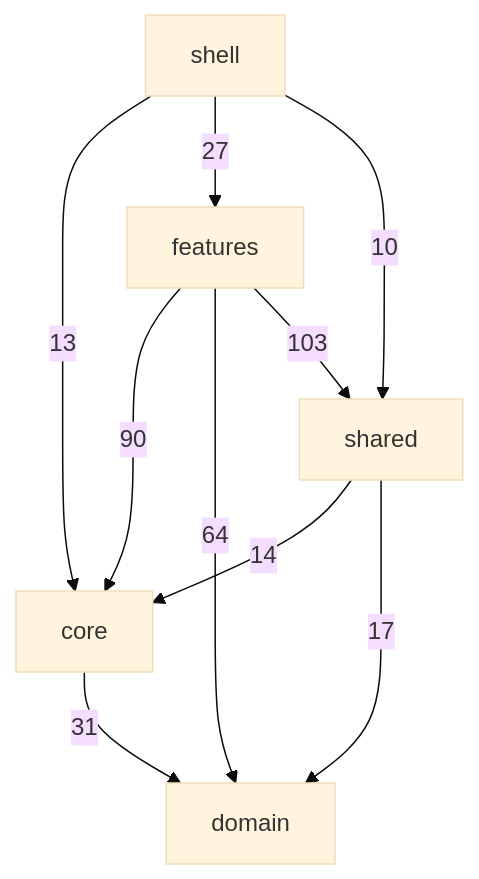
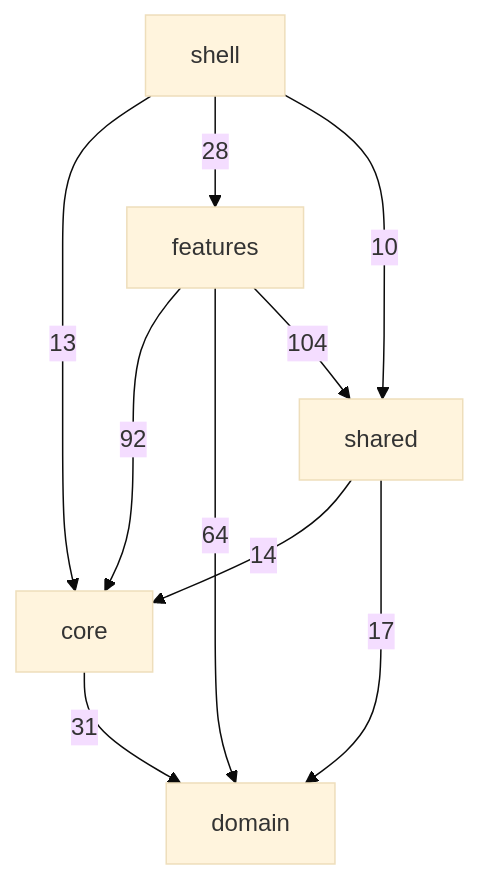
One commit to valde222/life_app changed the diagram in docs/diagrams/03a-code-layers.md. Above: the diagram before and after it, drawn with Mermaid (base theme). The commit also changed 15 other files, not shown here.

````diff
--- a/docs/diagrams/03a-code-layers.md
+++ b/docs/diagrams/03a-code-layers.md
@@ -5,17 +5,17 @@
 ```mermaid
 flowchart TD
   shell["shell"]
   features["features"]
   shared["shared"]
   core["core"]
   domain["domain"]
   core -- 31 --> domain
-  features -- 90 --> core
+  features -- 92 --> core
   features -- 64 --> domain
-  features -- 103 --> shared
+  features -- 104 --> shared
   shared -- 14 --> core
   shared -- 17 --> domain
   shell -- 13 --> core
-  shell -- 27 --> features
+  shell -- 28 --> features
   shell -- 10 --> shared
 ```
````
